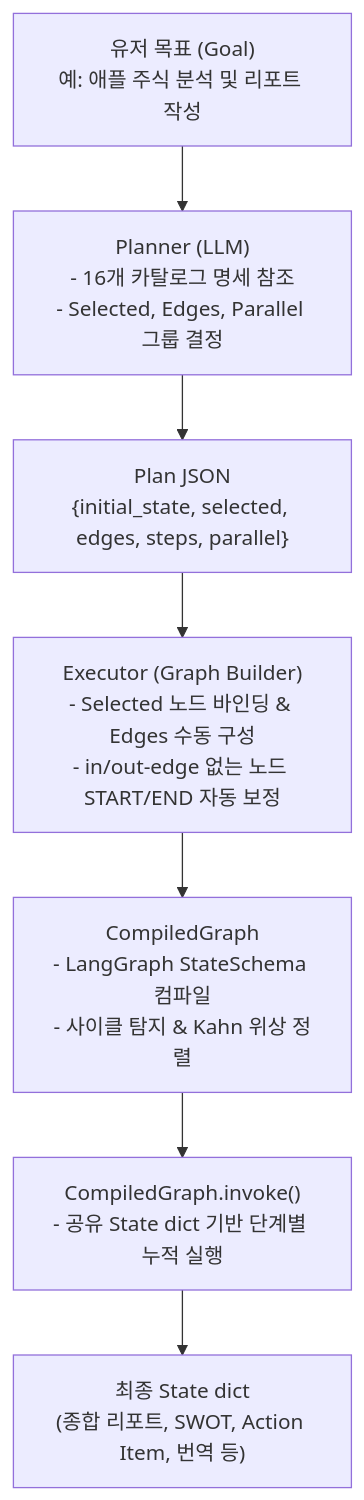
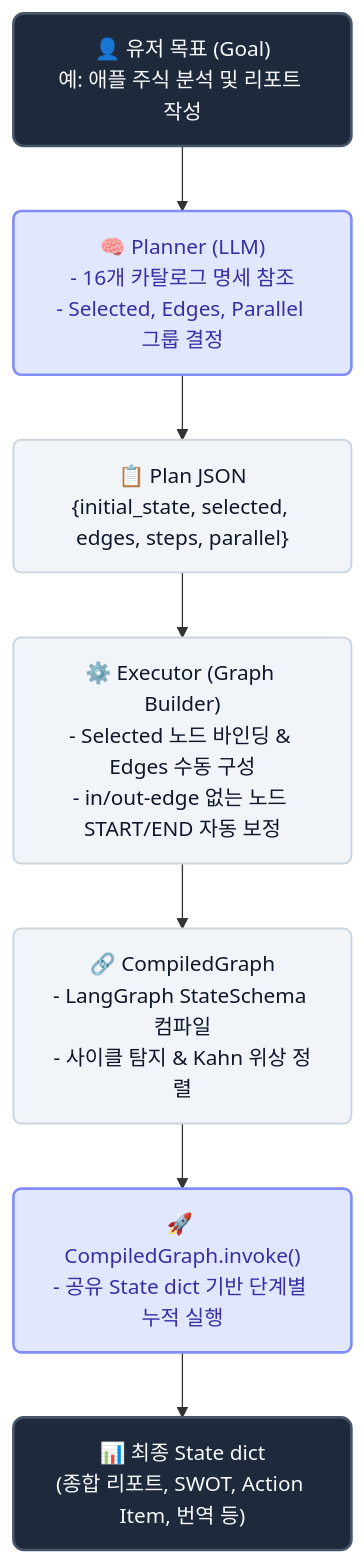
The first of 2 diagrams in README.md (Jacob-9909/DAG), drawn with Mermaid before and after one commit. The commit also changed other lines of this file, not shown here.

Commit message:
docs: enhance Mermaid diagrams in README with custom color themes, emojis, and state flow labels

````diff
--- a/README.md
+++ b/README.md
@@ -15,9 +15,13 @@
 ```mermaid
 flowchart TD
-    User["유저 목표 (Goal)\n예: 애플 주식 분석 및 리포트 작성"] --> Planner["Planner (LLM)\n- 16개 카탈로그 명세 참조\n- Selected, Edges, Parallel 그룹 결정"]
-    Planner --> PlanJSON["Plan JSON\n{initial_state, selected, edges, steps, parallel}"]
-    PlanJSON --> Executor["Executor (Graph Builder)\n- Selected 노드 바인딩 & Edges 수동 구성\n- in/out-edge 없는 노드 START/END 자동 보정"]
-    Executor --> Compile["CompiledGraph\n- LangGraph StateSchema 컴파일\n- 사이클 탐지 & Kahn 위상 정렬"]
-    Compile --> Invoke["CompiledGraph.invoke()\n- 공유 State dict 기반 단계별 누적 실행"]
-    Invoke --> FinalState["최종 State dict\n(종합 리포트, SWOT, Action Item, 번역 등)"]
+    classDef core fill:#1e293b,color:#f8fafc,stroke:#475569,stroke-width:2px,rx:8px;
+    classDef process fill:#f1f5f9,color:#0f172a,stroke:#cbd5e1,stroke-width:1.5px,rx:6px;
+    classDef highlight fill:#e0e7ff,color:#3730a3,stroke:#818cf8,stroke-width:2px,rx:6px;
+
+    User["👤 유저 목표 (Goal)<br/>예: 애플 주식 분석 및 리포트 작성"]:::core --> Planner["🧠 Planner (LLM)<br/>- 16개 카탈로그 명세 참조<br/>- Selected, Edges, Parallel 그룹 결정"]:::highlight
+    Planner --> PlanJSON["📋 Plan JSON<br/>{initial_state, selected, edges, steps, parallel}"]:::process
+    PlanJSON --> Executor["⚙️ Executor (Graph Builder)<br/>- Selected 노드 바인딩 & Edges 수동 구성<br/>- in/out-edge 없는 노드 START/END 자동 보정"]:::process
+    Executor --> Compile["🔗 CompiledGraph<br/>- LangGraph StateSchema 컴파일<br/>- 사이클 탐지 & Kahn 위상 정렬"]:::process
+    Compile --> Invoke["🚀 CompiledGraph.invoke()<br/>- 공유 State dict 기반 단계별 누적 실행"]:::highlight
+    Invoke --> FinalState["📊 최종 State dict<br/>(종합 리포트, SWOT, Action Item, 번역 등)"]:::core
 ```
````
